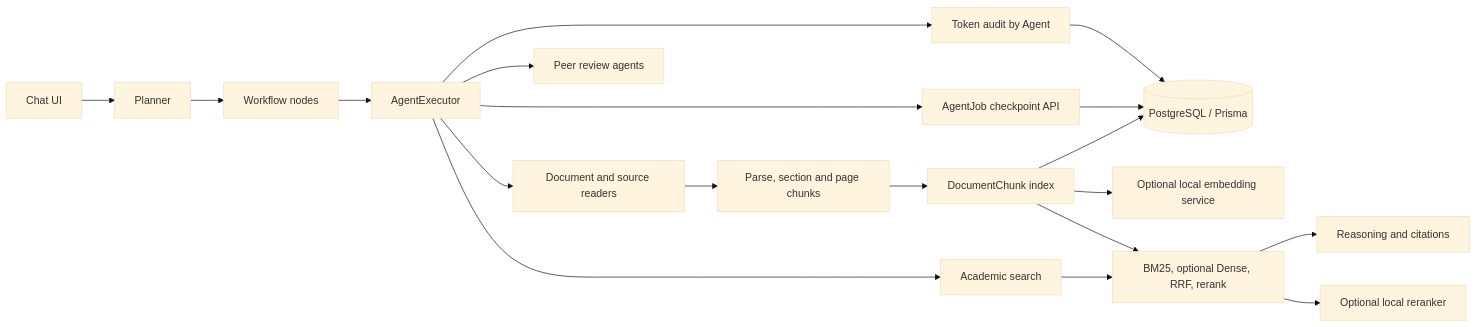
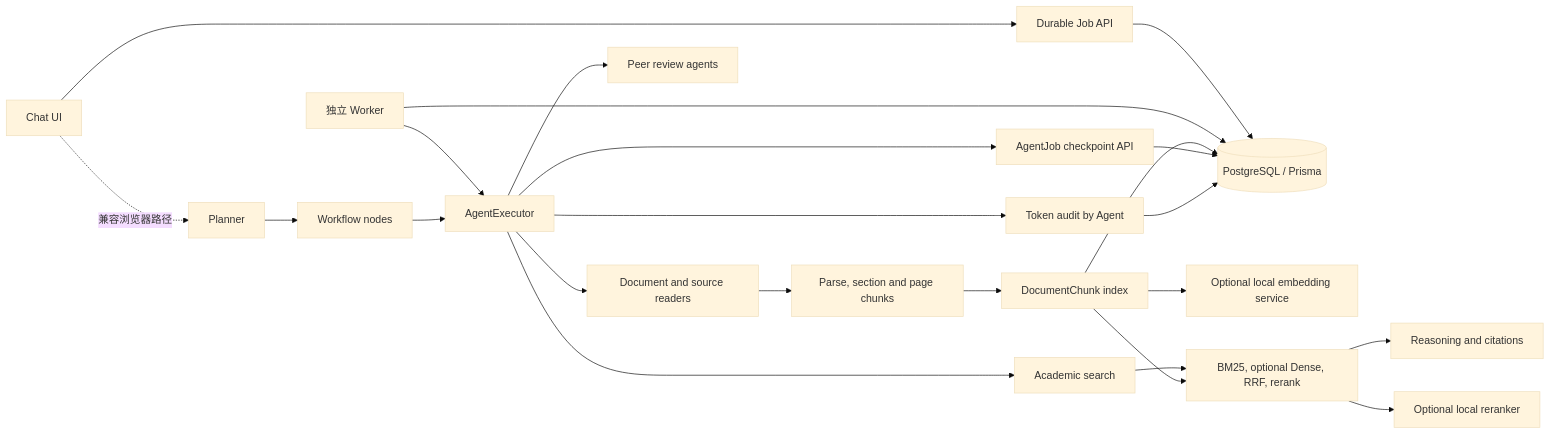
The diagram in docs/ARCHITECTURE.md (SongMingLI-CS/ScholarKernel), drawn with Mermaid (base theme) before and after one commit. The commit also changed other lines of this file and 8 other files, not shown here.

````diff
--- a/docs/ARCHITECTURE.md
+++ b/docs/ARCHITECTURE.md
@@ -7,21 +7,25 @@
 ```mermaid
 flowchart LR
-  UI[Chat UI] --> Planner[Planner]
+  UI[Chat UI] -. 兼容浏览器路径 .-> Planner[Planner]
+  UI --> JobAPI[Durable Job API]
+  JobAPI --> DB
+  Worker[独立 Worker] --> DB
+  Worker --> Executor
   Planner --> DAG[Workflow nodes]
   DAG --> Executor[AgentExecutor]
   Executor --> Search[Academic search]
   Executor --> Read[Document and source readers]
   Executor --> Review[Peer review agents]
   Read --> Chunk[Parse, section and page chunks]
   Chunk --> Index[DocumentChunk index]
   Index --> DB[(PostgreSQL / Prisma)]
   Index --> Embed[Optional local embedding service]
   Search --> RAG[BM25, optional Dense, RRF, rerank]
   Index --> RAG
   RAG --> Reasoning[Reasoning and citations]
   RAG --> Ranker[Optional local reranker]
   Executor --> Checkpoint[AgentJob checkpoint API]
   Checkpoint --> DB
   Executor --> Usage[Token audit by Agent]
   Usage --> DB
 ```
````
